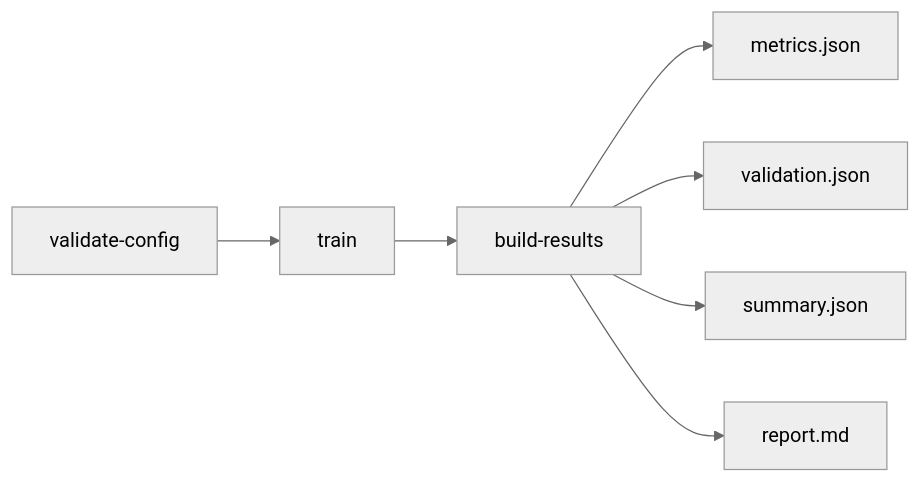
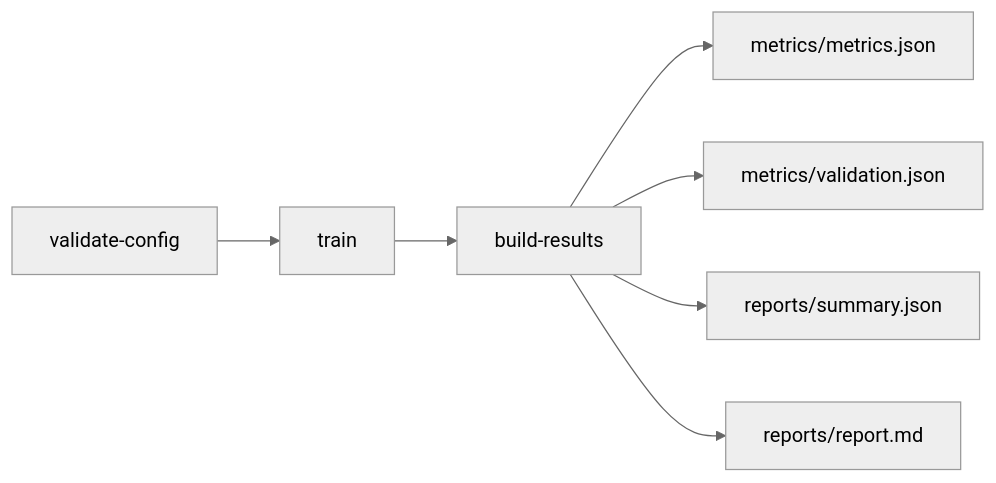
The first of 2 diagrams in README.md (iridyne/medfusion), drawn with Mermaid (neutral theme) before and after one commit. The commit also changed other lines of this file and 5 other files, not shown here.

````diff
--- a/README.md
+++ b/README.md
@@ -138,9 +142,9 @@
 ```mermaid
 flowchart LR
   A[validate-config] --> B[train]
   B --> C[build-results]
-  C --> D[metrics.json]
-  C --> E[validation.json]
-  C --> F[summary.json]
-  C --> G[report.md]
+  C --> D[metrics/metrics.json]
+  C --> E[metrics/validation.json]
+  C --> F[reports/summary.json]
+  C --> G[reports/report.md]
 ```
````
